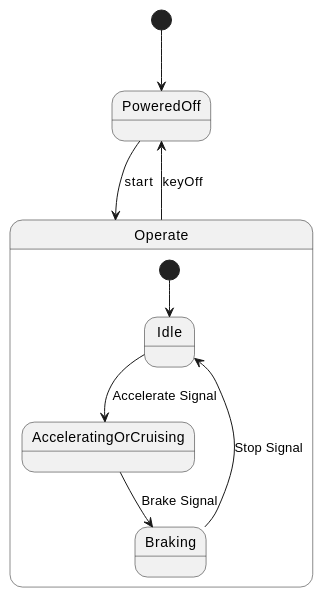
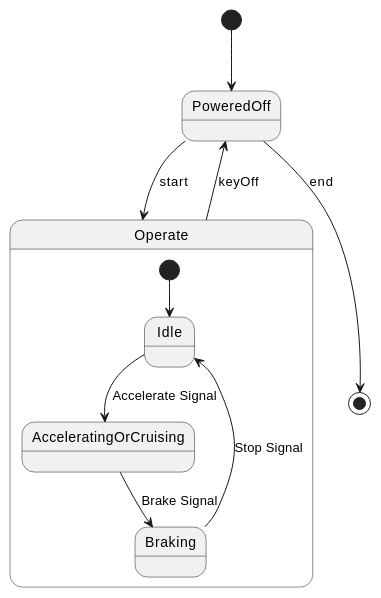
The diagram in project_1_llm_state_machine_modeling/paper_stm_repair/pipeline/representation/reports/llms_emp_r45_java_60/pairs/0003/README.md (HansBug/research_ideas), drawn with PlantUML before and after one commit. The commit also changed other lines of this file and 622 other files, not shown here.

First line of the commit message:
fix(paper1): 切换Phase-II最终池并重建PlantUML转换证据

````diff
--- a/project_1_llm_state_machine_modeling/paper_stm_repair/pipeline/representation/reports/llms_emp_r45_java_60/pairs/0003/README.md
+++ b/project_1_llm_state_machine_modeling/paper_stm_repair/pipeline/representation/reports/llms_emp_r45_java_60/pairs/0003/README.md
@@ -27,15 +74,17 @@
 ```plantuml
 @startuml
 [*] --> PoweredOff
 
 state Operate {
     [*] --> Idle
     Idle --> AcceleratingOrCruising : Accelerate Signal
     AcceleratingOrCruising --> Braking : Brake Signal
     Braking --> Idle : Stop Signal
 }
 
 PoweredOff --> Operate : start
 Operate --> PoweredOff : keyOff
+PoweredOff --> [*] : end
+
 @enduml
 ```
````
